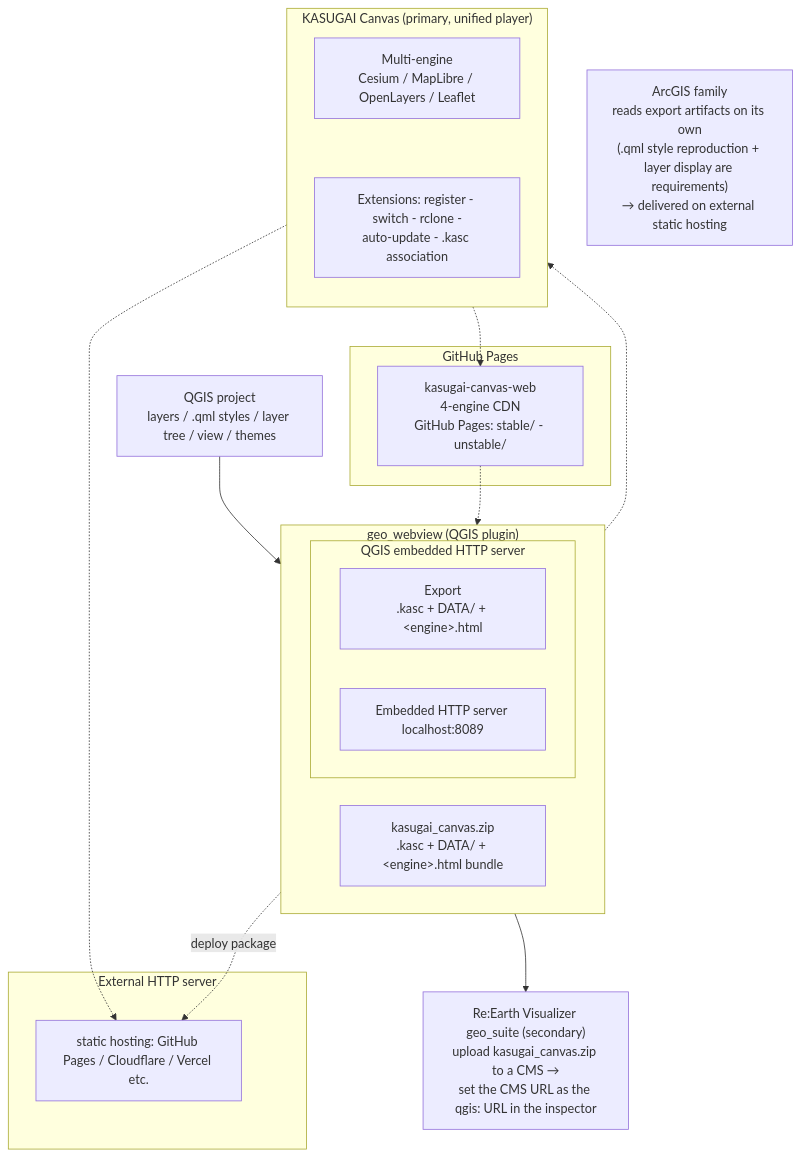
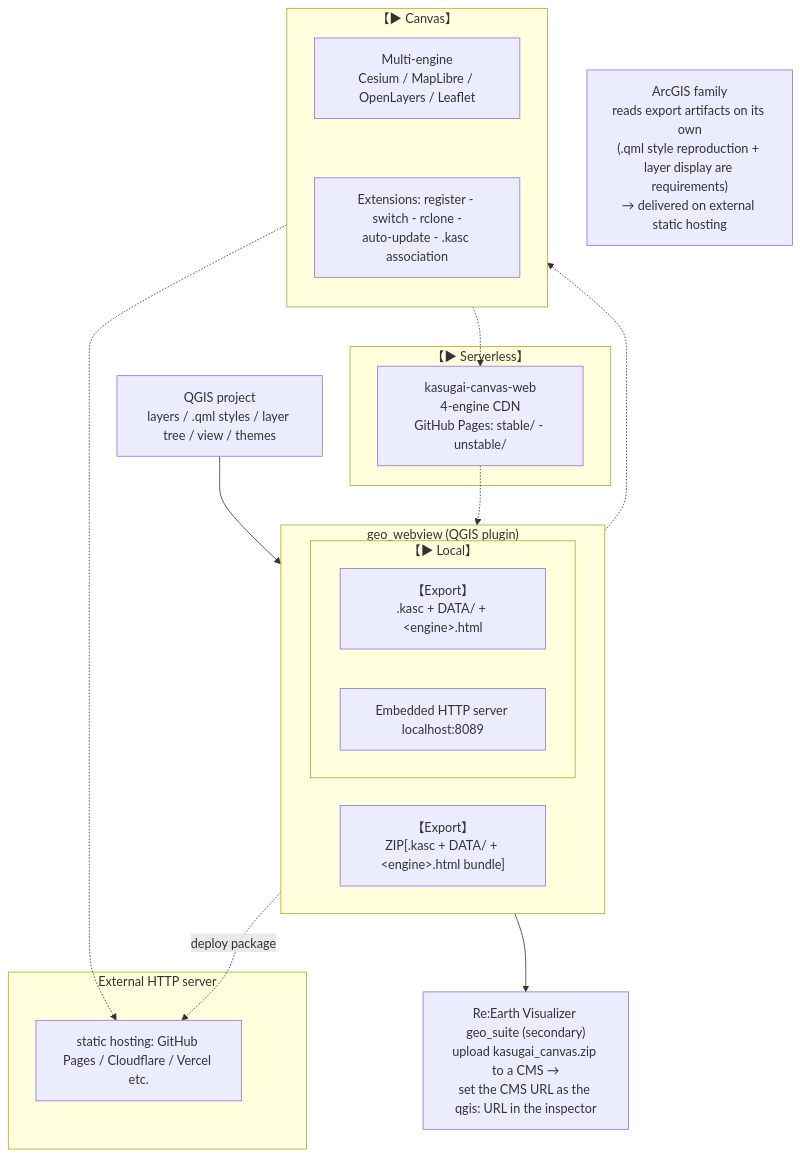
One commit to yamamoto-ryuzo/qgis_live_harness changed the diagram in qgis-plugin/geo_webview/README.md. Above: the diagram before and after it, drawn with Mermaid. The commit also changed other lines of this file and 21 other files, not shown here.

First line of the commit message:
geo_webview: reearth.txt出力を廃止 — kasugai_canvas.zip(qgis:取込)に一本化(3.32.0)

````diff
--- a/qgis-plugin/geo_webview/README.md
+++ b/qgis-plugin/geo_webview/README.md
@@ -42,37 +42,37 @@
 ```mermaid
 flowchart TB
     QGIS["QGIS project<br>layers / .qml styles / layer tree / view / themes"]
 
     subgraph GWBOX["geo_webview (QGIS plugin)"]
         direction LR
-        subgraph FNC["QGIS embedded HTTP server"]
-            GW["Export<br>.kasc + DATA/ + &lt;engine&gt;.html"]
+        subgraph FNC["【▶ Local】"]
+            GW["【Export】<br>.kasc + DATA/ + &lt;engine&gt;.html"]
             SRV["Embedded HTTP server localhost:8089"]
         end
-        ZIP["kasugai_canvas.zip<br>.kasc + DATA/ + &lt;engine&gt;.html bundle"]
+        ZIP["【Export】<br>ZIP[.kasc + DATA/ + &lt;engine&gt;.html bundle]"]
     end
 
-    subgraph KCBOX["KASUGAI Canvas (primary, unified player)"]
+    subgraph KCBOX["【▶ Canvas】"]
         direction TB
         ENG["Multi-engine<br>Cesium / MapLibre / OpenLayers / Leaflet"]
         KCF["Extensions: register - switch - rclone -<br>auto-update - .kasc association"]
         ENG ~~~ KCF
     end
     subgraph WEBBOX["External HTTP server"]
         WEB["static hosting: GitHub Pages / Cloudflare / Vercel etc."]
     end
-    subgraph GHBOX["GitHub Pages"]
+    subgraph GHBOX["【▶ Serverless】"]
         CDN["kasugai-canvas-web<br>4-engine CDN<br>GitHub Pages: stable/ - unstable/"]
     end
     RE["Re:Earth Visualizer geo_suite (secondary)<br>upload kasugai_canvas.zip to a CMS →<br>set the CMS URL as the qgis: URL in the inspector"]
 
     AG["ArcGIS family<br>reads export artifacts on its own<br>(.qml style reproduction + layer display are requirements)<br>→ delivered on external static hosting"]
 
     QGIS --> GWBOX
     GW -.-> KCBOX
     GW -.->|"deploy package"| WEB
     ENG -.-> WEB
     ENG -.-> CDN
     CDN -.-> FNC
     ZIP --> RE
 ```
````
